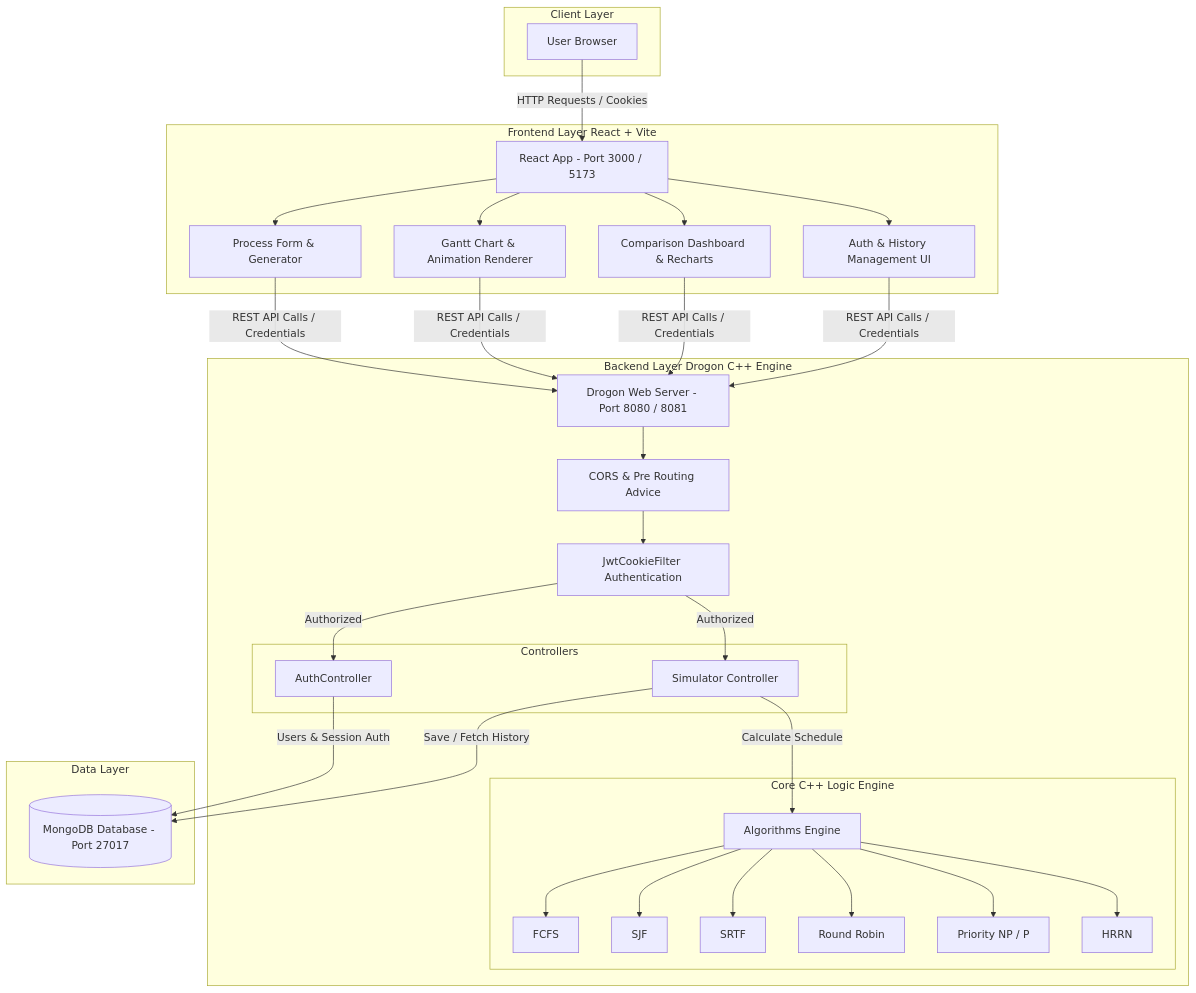
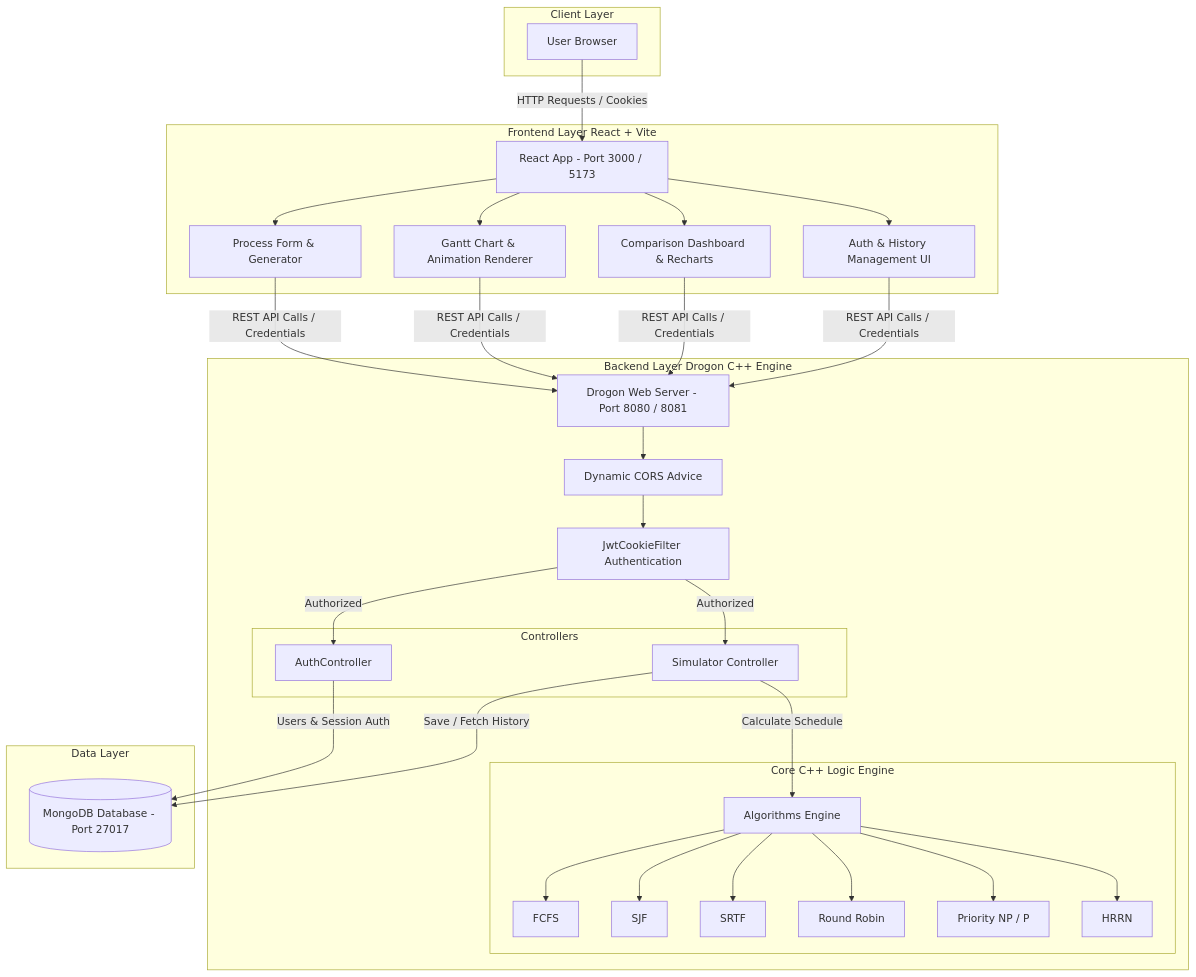
The first of 4 diagrams in README.md (KunalTechs/Cpu-Scheduling-Visualizer), drawn with Mermaid before and after one commit. The commit also changed other lines of this file, not shown here.

Commit message:
docs: update README with detailed backend architecture, directory structure, and cookie security refinements

````diff
--- a/README.md
+++ b/README.md
@@ -47,49 +47,49 @@
 ```mermaid
 graph TD
     subgraph Client Layer
         A[User Browser]
     end
 
     subgraph Frontend Layer React + Vite
         B[React App - Port 3000 / 5173]
         C[Process Form & Generator]
         D[Gantt Chart & Animation Renderer]
         E[Comparison Dashboard & Recharts]
         F[Auth & History Management UI]
     end
 
     subgraph Backend Layer Drogon C++ Engine
         G[Drogon Web Server - Port 8080 / 8081]
-        H[CORS & Pre Routing Advice]
+        H[Dynamic CORS Advice]
         I[JwtCookieFilter Authentication]
         
         subgraph Controllers
             J[AuthController]
             K[Simulator Controller]
         end
 
         subgraph Core C++ Logic Engine
             L[Algorithms Engine]
             L1[FCFS]
             L2[SJF]
             L3[SRTF]
             L4[Round Robin]
             L5[Priority NP / P]
             L6[HRRN]
         end
     end
 
     subgraph Data Layer
         M[(MongoDB Database - Port 27017)]
     end
 
     A -->|HTTP Requests / Cookies| B
     B --> C & D & E & F
     C & D & E & F -->|REST API Calls / Credentials| G
     G --> H --> I
     I -->|Authorized| J & K
     J -->|Users & Session Auth| M
     K -->|Calculate Schedule| L
     L --> L1 & L2 & L3 & L4 & L5 & L6
     K -->|Save / Fetch History| M
 ```
````
